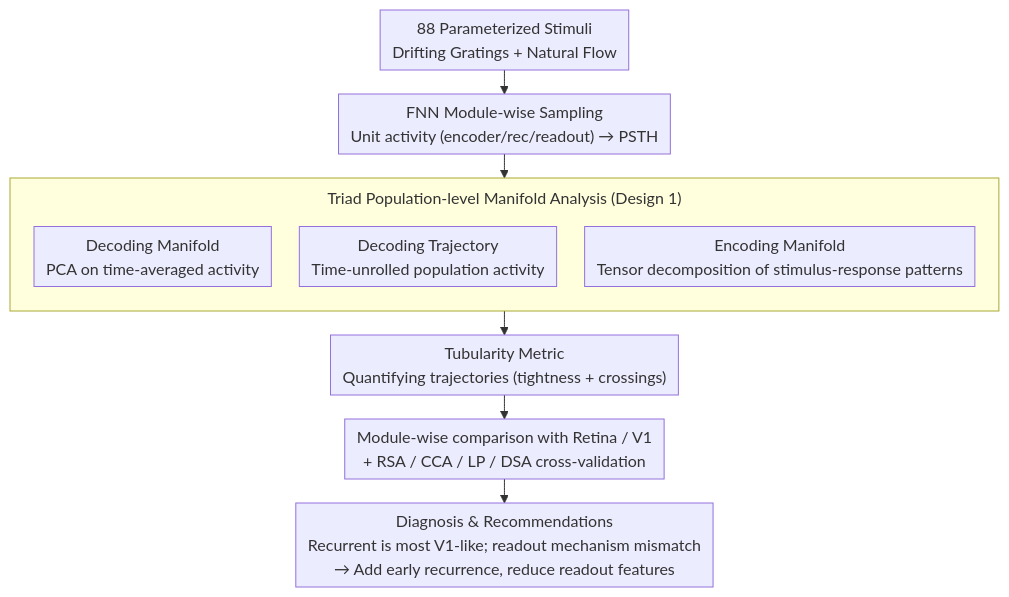
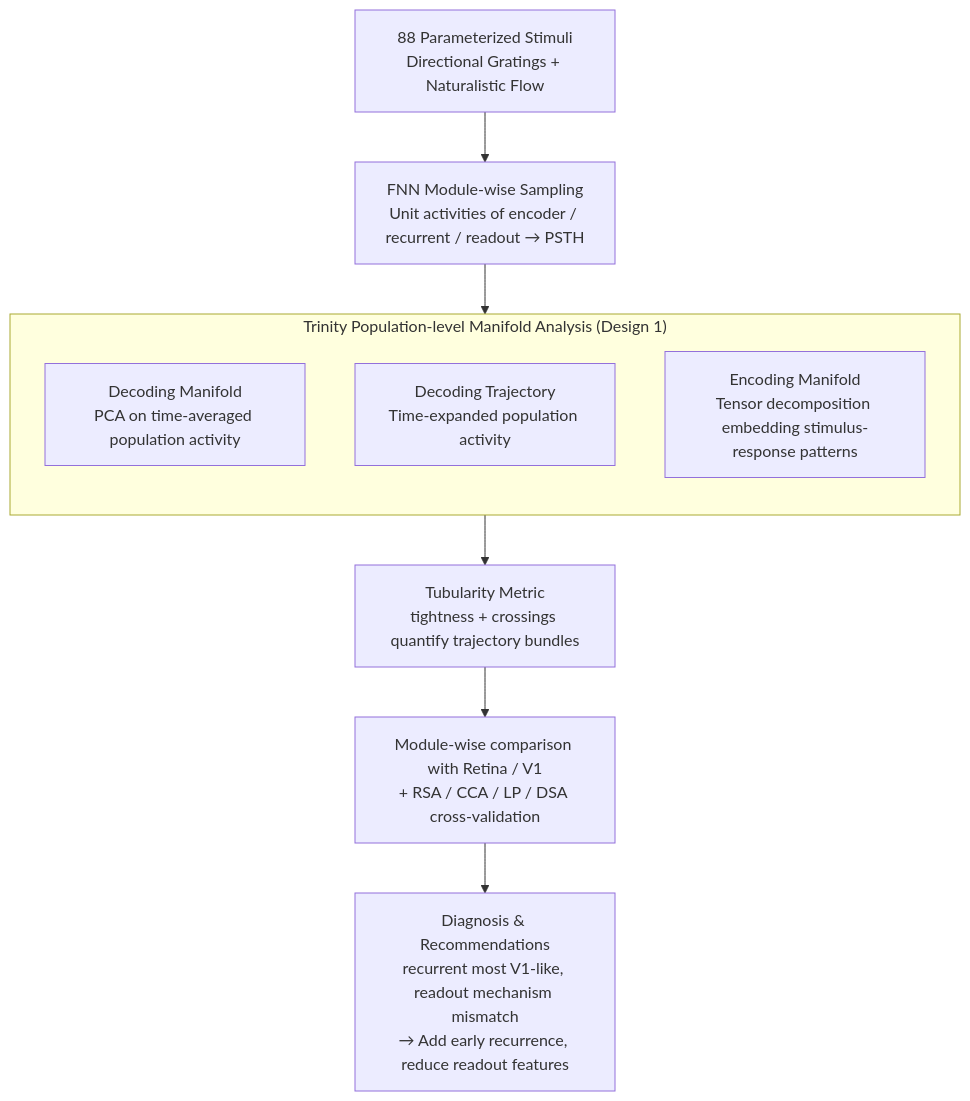
The diagram in docs/ICML2026/self_supervised/how_neural_is_a_neural_foundation_model.md (zhaoyang97/Paper-Notes-en), drawn with Mermaid before and after one commit. The commit also changed other lines of this file and 5084 other files, not shown here.

````diff
--- a/docs/ICML2026/self_supervised/how_neural_is_a_neural_foundation_model.md
+++ b/docs/ICML2026/self_supervised/how_neural_is_a_neural_foundation_model.md
@@ -43,15 +43,14 @@
 ```mermaid
-%%{init: {'flowchart': {'rankSpacing': 24, 'nodeSpacing': 28, 'padding': 6, 'wrappingWidth': 400, 'subGraphTitleMargin': {'top': 8, 'bottom': 16}}}}%%
-flowchart TD
-    A["88 Parameterized Stimuli<br/>Drifting Gratings + Natural Flow"] --> B["FNN Module-wise Sampling<br/>Unit activity (encoder/rec/readout) → PSTH"]
-    subgraph S1["Triad Population-level Manifold Analysis (Design 1)"]
+graph TD
+    A["88 Parameterized Stimuli<br/>Directional Gratings + Naturalistic Flow"] --> B["FNN Module-wise Sampling<br/>Unit activities of encoder / recurrent / readout → PSTH"]
+    subgraph S1["Trinity Population-level Manifold Analysis (Design 1)"]
         direction TB
-        C1["Decoding Manifold<br/>PCA on time-averaged activity"]
-        C2["Decoding Trajectory<br/>Time-unrolled population activity"]
-        C3["Encoding Manifold<br/>Tensor decomposition of stimulus-response patterns"]
+        C1["Decoding Manifold<br/>PCA on time-averaged population activity"]
+        C2["Decoding Trajectory<br/>Time-expanded population activity"]
+        C3["Encoding Manifold<br/>Tensor decomposition embedding stimulus-response patterns"]
     end
     B --> S1
-    S1 --> D["Tubularity Metric<br/>Quantifying trajectories (tightness + crossings)"]
+    S1 --> D["Tubularity Metric<br/>tightness + crossings quantify trajectory bundles"]
     D --> E["Module-wise comparison with Retina / V1<br/>+ RSA / CCA / LP / DSA cross-validation"]
-    E --> F["Diagnosis & Recommendations<br/>Recurrent is most V1-like; readout mechanism mismatch<br/>→ Add early recurrence, reduce readout features"]
+    E --> F["Diagnosis & Recommendations<br/>recurrent most V1-like, readout mechanism mismatch<br/>→ Add early recurrence, reduce readout features"]
 ```
````
